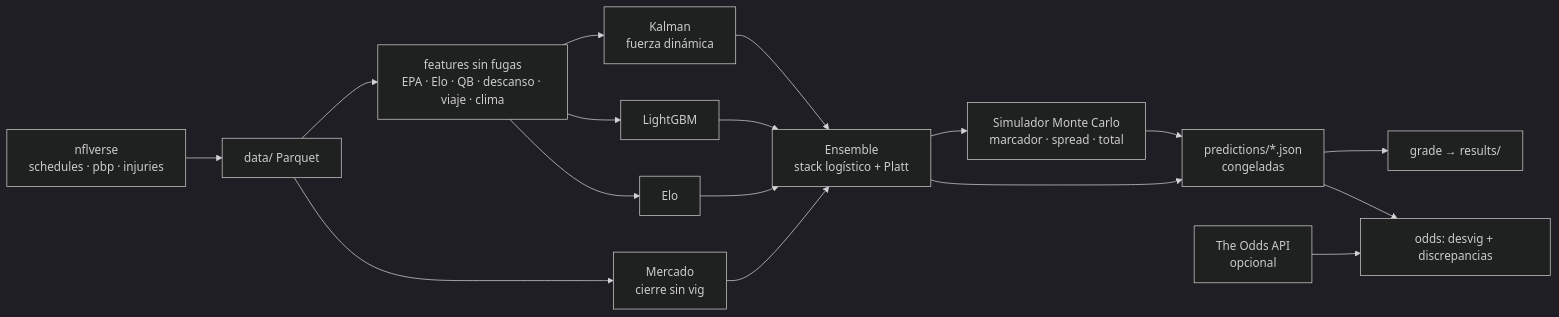
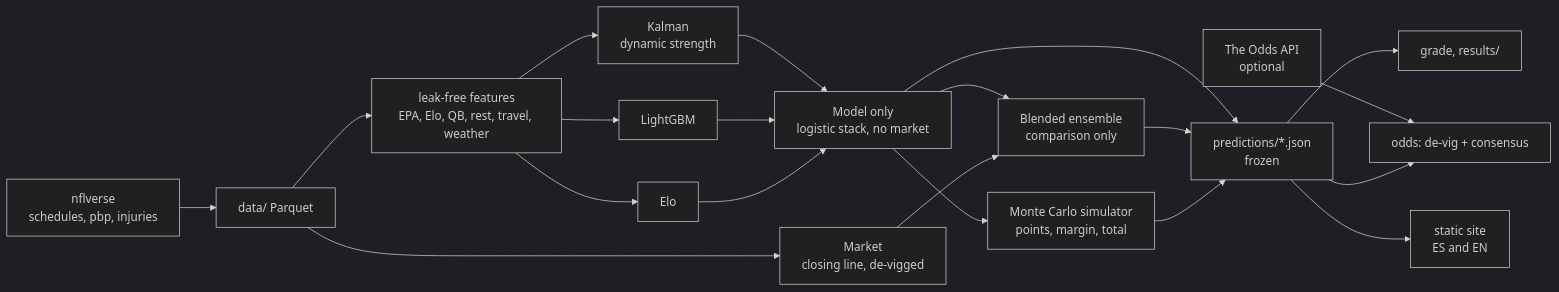
One commit to jesusparrat/ensemblitz changed the diagram in README.md. Above: the diagram before and after it, drawn with Mermaid (dark theme). The commit also changed other lines of this file and 29 other files, not shown here.

First line of the commit message:
feat(web): v2, model-only headline, per-game card, ES/EN site

````diff
--- a/README.md
+++ b/README.md
@@ -20,19 +21,22 @@
 ```mermaid
 flowchart LR
-  NV[nflverse<br/>schedules · pbp · injuries] --> D[data/ Parquet]
-  D --> F[features sin fugas<br/>EPA · Elo · QB · descanso · viaje · clima]
-  F --> K[Kalman<br/>fuerza dinámica]
+  NV[nflverse<br/>schedules, pbp, injuries] --> D[data/ Parquet]
+  D --> F[leak-free features<br/>EPA, Elo, QB, rest, travel, weather]
+  F --> K[Kalman<br/>dynamic strength]
   F --> G[LightGBM]
   F --> E[Elo]
-  D --> M[Mercado<br/>cierre sin vig]
-  K --> S[Ensemble<br/>stack logístico + Platt]
-  G --> S
-  E --> S
+  K --> MO[Model only<br/>logistic stack, no market]
+  G --> MO
+  E --> MO
+  D --> M[Market<br/>closing line, de-vigged]
+  MO --> S[Blended ensemble<br/>comparison only]
   M --> S
-  S --> SIM[Simulador Monte Carlo<br/>marcador · spread · total]
-  S --> P[predictions/*.json<br/>congeladas]
+  MO --> SIM[Monte Carlo simulator<br/>points, margin, total]
+  MO --> P[predictions/*.json<br/>frozen]
+  S --> P
   SIM --> P
-  P --> GR[grade → results/]
-  OA[The Odds API<br/>opcional] --> OD[odds: desvig + discrepancias]
+  P --> GR[grade, results/]
+  OA[The Odds API<br/>optional] --> OD[odds: de-vig + consensus]
   P --> OD
+  P --> W[static site<br/>ES and EN]
 ```
````
